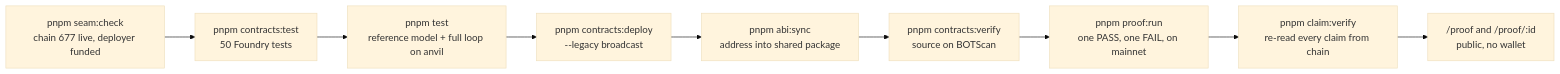
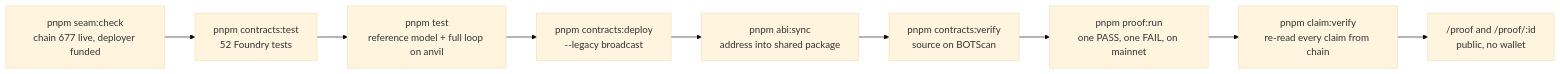
One commit to winsznx/metrx changed the fourth of 4 diagrams in ARCHITECTURE.md. Above: the diagram before and after it, drawn with Mermaid (base theme). The commit also changed other lines of this file and 5 other files, not shown here.

````diff
--- a/ARCHITECTURE.md
+++ b/ARCHITECTURE.md
@@ -153,11 +153,11 @@
 ```mermaid
 graph LR
-  A["pnpm seam:check<br/>chain 677 live, deployer funded"] --> B["pnpm contracts:test<br/>50 Foundry tests"]
+  A["pnpm seam:check<br/>chain 677 live, deployer funded"] --> B["pnpm contracts:test<br/>52 Foundry tests"]
   B --> C["pnpm test<br/>reference model + full loop on anvil"]
   C --> D["pnpm contracts:deploy<br/>--legacy broadcast"]
   D --> E["pnpm abi:sync<br/>address into shared package"]
   E --> F["pnpm contracts:verify<br/>source on BOTScan"]
   F --> G["pnpm proof:run<br/>one PASS, one FAIL, on mainnet"]
   G --> H["pnpm claim:verify<br/>re-read every claim from chain"]
   H --> I["/proof and /proof/:id<br/>public, no wallet"]
 ```
````
